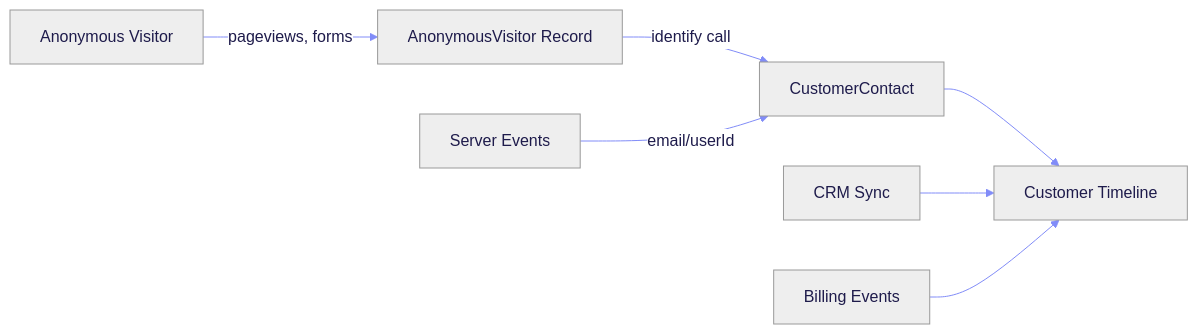
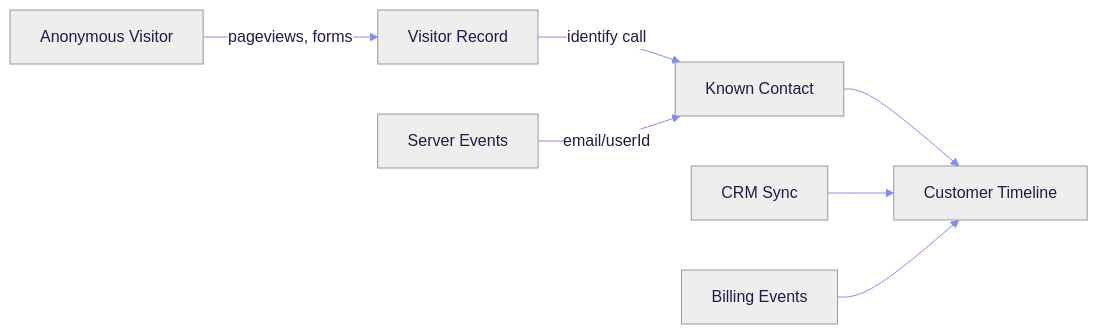
Before and after one commit to OutlitAI/docs: the diagram in tracking/overview.mdx, drawn with Mermaid. The commit also changed other lines of this file and 10 other files, not shown here.

````diff
--- a/tracking/overview.mdx
+++ b/tracking/overview.mdx
@@ -18,10 +18,10 @@
 ```mermaid
 %%{init: {'theme': 'neutral', 'themeVariables': { 'primaryColor': '#6366f1', 'primaryTextColor': '#fff', 'primaryBorderColor': '#4f46e5', 'lineColor': '#818cf8', 'secondaryColor': '#a5b4fc', 'tertiaryColor': '#e0e7ff', 'textColor': '#1e1b4b', 'nodeTextColor': '#1e1b4b' }}}%%
 flowchart LR
-    A[Anonymous Visitor] -->|pageviews, forms| B[AnonymousVisitor Record]
-    B -->|identify call| C[CustomerContact]
+    A[Anonymous Visitor] -->|pageviews, forms| B[Visitor Record]
+    B -->|identify call| C[Known Contact]
     C --> D[Customer Timeline]
     E[Server Events] -->|email/userId| C
     F[CRM Sync] --> D
     G[Billing Events] --> D
 ```
````
